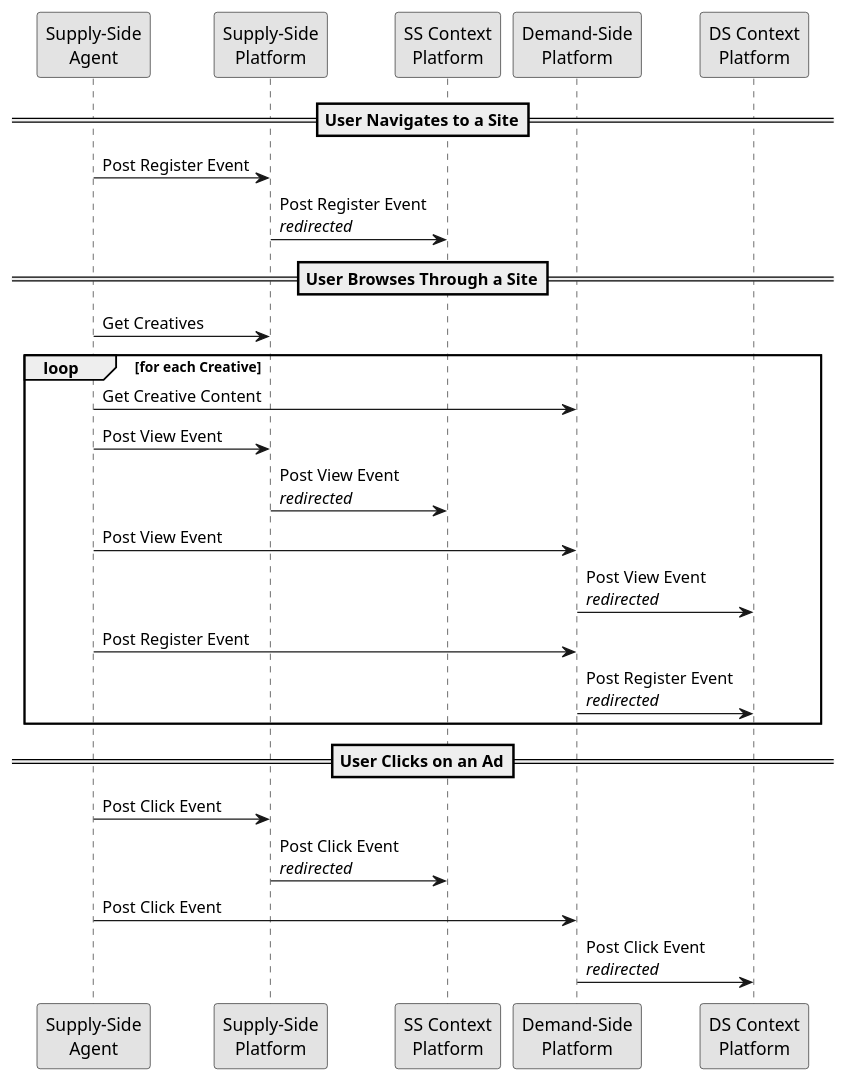
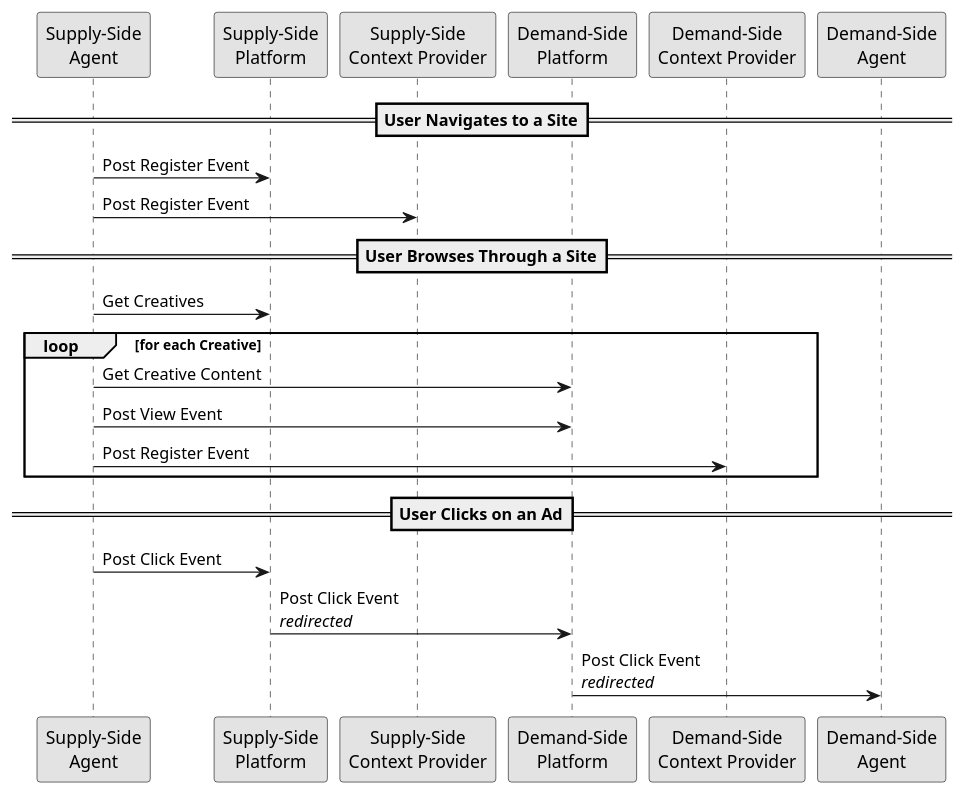
Before and after one commit to adshares/adshares-docs: the diagram in protocol/impressions/index.rst, drawn with PlantUML. The commit also changed other lines of this file and 6 other files, not shown here.

```diff
--- a/protocol/impressions/index.rst
+++ b/protocol/impressions/index.rst
@@ -10,36 +10,32 @@
 .. uml::
     :align: center
 
     skinparam monochrome true
 
-    participant "Supply-Side\nAgent"       as SSA
-    participant "Supply-Side\nPlatform"    as SSP
-    participant "SS Context\nPlatform"     as SSCP
-    participant "Demand-Side\nPlatform"    as DSP
-    participant "DS Context\nPlatform"     as DSCP
+    participant "Supply-Side\nAgent"                as SSA
+    participant "Supply-Side\nPlatform"             as SSP
+    participant "Supply-Side\nContext Provider"     as SSCP
+    participant "Demand-Side\nPlatform"             as DSP
+    participant "Demand-Side\nContext Provider"     as DSCP
+    participant "Demand-Side\nAgent"                as DSA
 
     ==User Navigates to a Site==
 
     SSA ->      SSP     : Post Register Event
-    SSP ->      SSCP    : Post Register Event\n//redirected//
+    SSA ->      SSCP    : Post Register Event
 
     ==User Browses Through a Site==
 
     SSA ->      SSP     : Get Creatives
 
     loop for each Creative
         SSA ->      DSP     : Get Creative Content
-        SSA ->      SSP     : Post View Event
-        SSP ->      SSCP    : Post View Event\n//redirected//
         SSA ->      DSP     : Post View Event
-        DSP ->      DSCP    : Post View Event\n//redirected//
-        SSA ->      DSP     : Post Register Event
-        DSP ->      DSCP    : Post Register Event\n//redirected//
+        SSA ->      DSCP    : Post Register Event
     end
     
     ==User Clicks on an Ad==
 
     SSA ->      SSP     : Post Click Event
-    SSP ->      SSCP    : Post Click Event\n//redirected//
-    SSA ->      DSP     : Post Click Event
-    DSP ->      DSCP    : Post Click Event\n//redirected//
+    SSP ->      DSP     : Post Click Event\n//redirected//
+    DSP ->      DSA     : Post Click Event\n//redirected//
```
